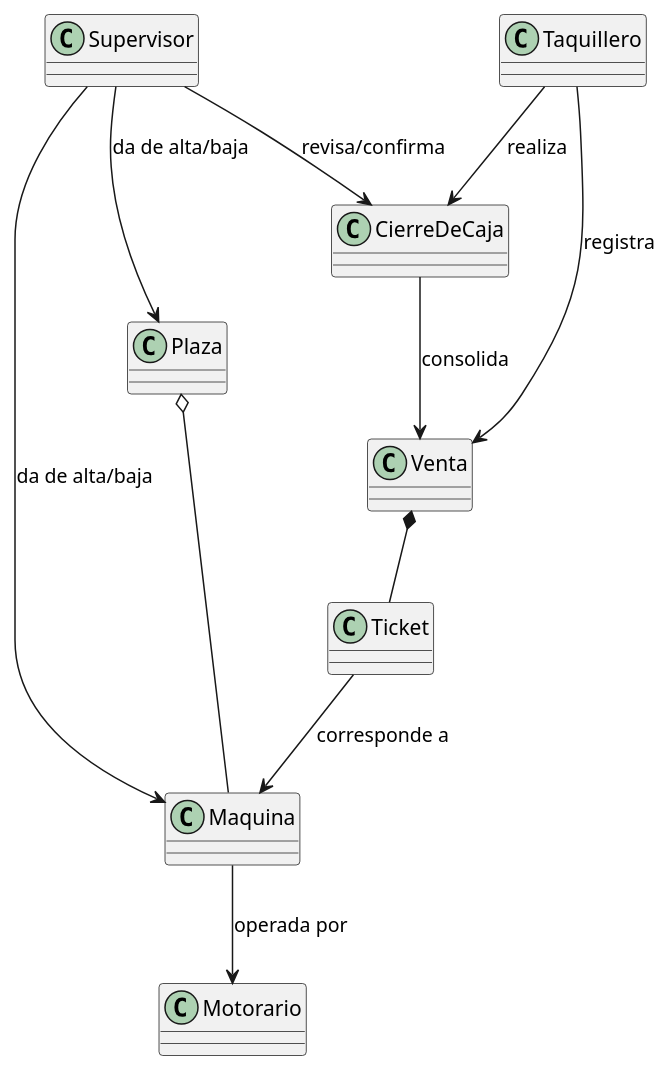
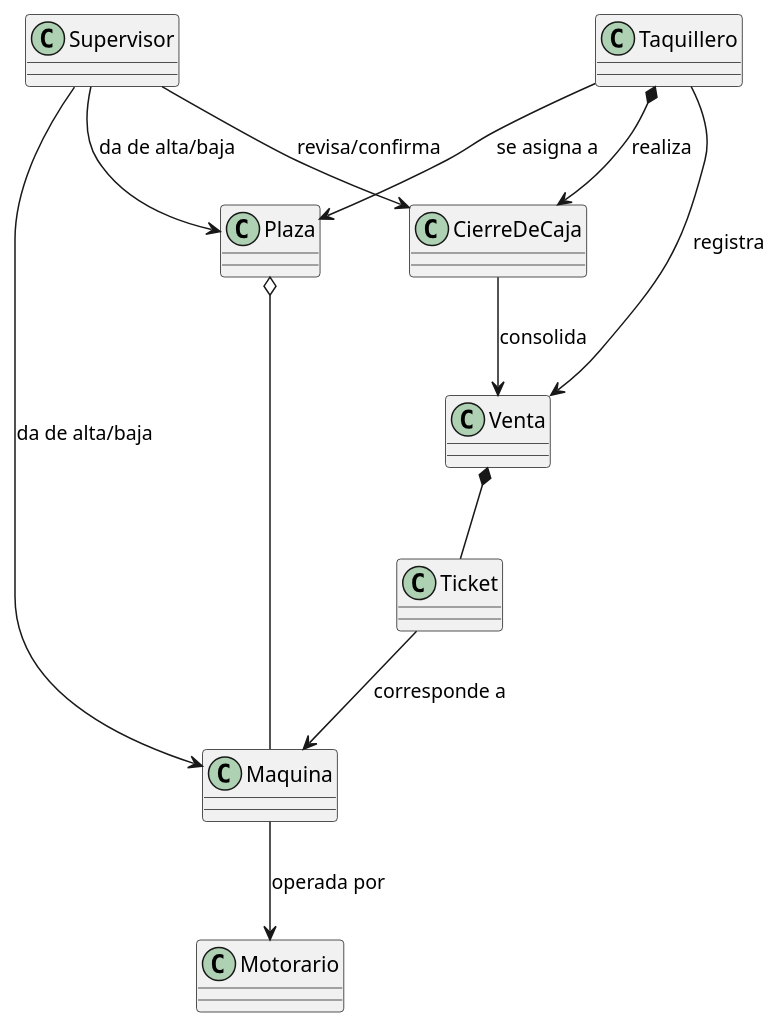
One commit to aeRomeroz/pyTicketing changed the diagram in UML/00-requisitos/00-modeloDelDominio/modelo-del-dominio.puml. Above: the diagram before and after it, drawn with PlantUML. The commit also changed 1 other file, not shown here.

Commit message:
fix: añadir relación en diagrama del MdD entre Taquillero-Plaza

```diff
--- a/UML/00-requisitos/00-modeloDelDominio/modelo-del-dominio.puml
+++ b/UML/00-requisitos/00-modeloDelDominio/modelo-del-dominio.puml
@@ -1,28 +1,29 @@
   @startuml diagrama-modelo-del-dominio
   
   class Supervisor
   class Taquillero
   class Motorario
   
   class Maquina
   class Plaza
   class Venta
   class Ticket
   class CierreDeCaja
   
   Plaza o-- Maquina
   
   Maquina --> Motorario : operada por
   Ticket --> Maquina : corresponde a
   
+  Taquillero --> Plaza : se asigna a
   Taquillero --> Venta : registra
   Venta *-- Ticket
   
   CierreDeCaja --> Venta : consolida
-  Taquillero --> CierreDeCaja : realiza
+  Taquillero *--> CierreDeCaja : realiza
   Supervisor --> CierreDeCaja : revisa/confirma
   
   Supervisor --> Plaza : da de alta/baja
   Supervisor --> Maquina : da de alta/baja
   
   @enduml
```
